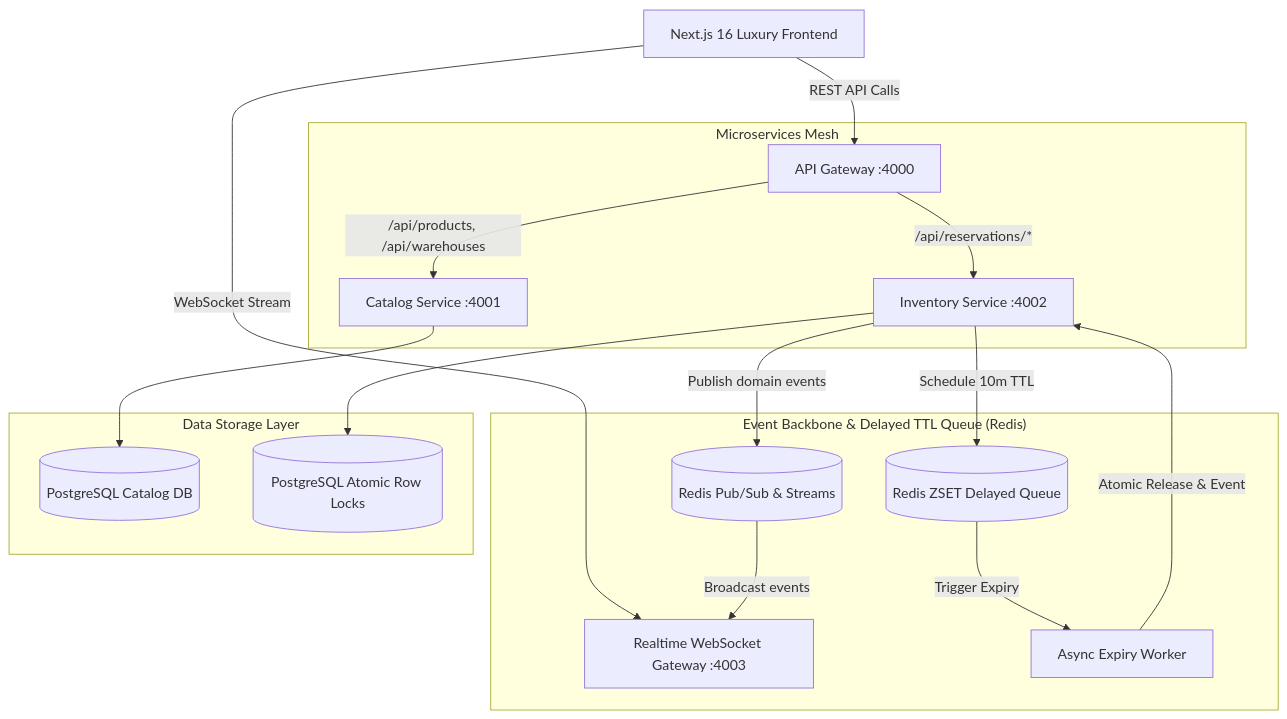
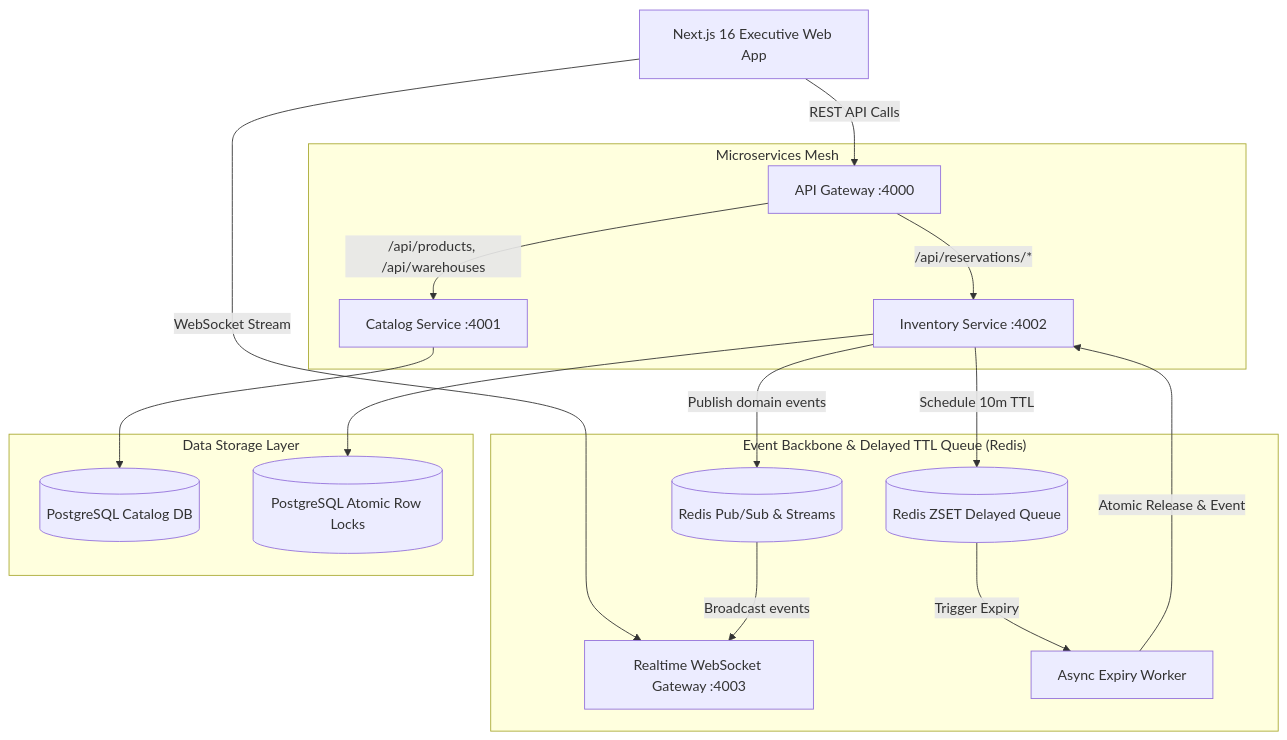
The first of 2 diagrams in README.md (Yogx09/stockpulse), drawn with Mermaid before and after one commit. The commit also changed other lines of this file and 11 other files, not shown here.

Commit message:
Replace all images with exact live website screenshots and structured microservices architecture diagrams

````diff
--- a/README.md
+++ b/README.md
@@ -28,23 +28,23 @@
 ```mermaid
 graph TD
-    Client[Next.js 16 Luxury Frontend] -->|REST API Calls| Gateway[API Gateway :4000]
+    Client[Next.js 16 Executive Web App] -->|REST API Calls| Gateway[API Gateway :4000]
     Client -->|WebSocket Stream| RealtimeSvc[Realtime WebSocket Gateway :4003]
 
     subgraph "Microservices Mesh"
         Gateway -->|/api/products, /api/warehouses| CatalogSvc[Catalog Service :4001]
         Gateway -->|/api/reservations/*| InventorySvc[Inventory Service :4002]
     end
 
     subgraph "Event Backbone & Delayed TTL Queue (Redis)"
         InventorySvc -->|Publish domain events| RedisBus[(Redis Pub/Sub & Streams)]
         InventorySvc -->|Schedule 10m TTL| RedisZSet[(Redis ZSET Delayed Queue)]
         RedisZSet -->|Trigger Expiry| ExpiryWorker[Async Expiry Worker]
         ExpiryWorker -->|Atomic Release & Event| InventorySvc
         RedisBus -->|Broadcast events| RealtimeSvc
     end
 
     subgraph "Data Storage Layer"
         CatalogSvc --> PostgresCatalog[(PostgreSQL Catalog DB)]
         InventorySvc --> PostgresInventory[(PostgreSQL Atomic Row Locks)]
     end
 ```
````
